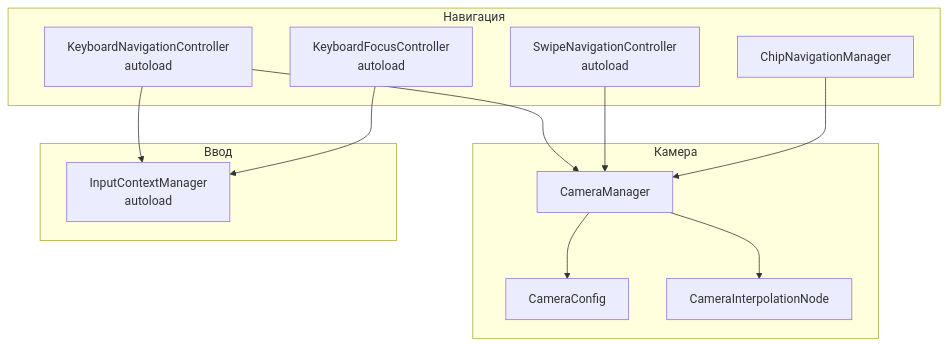
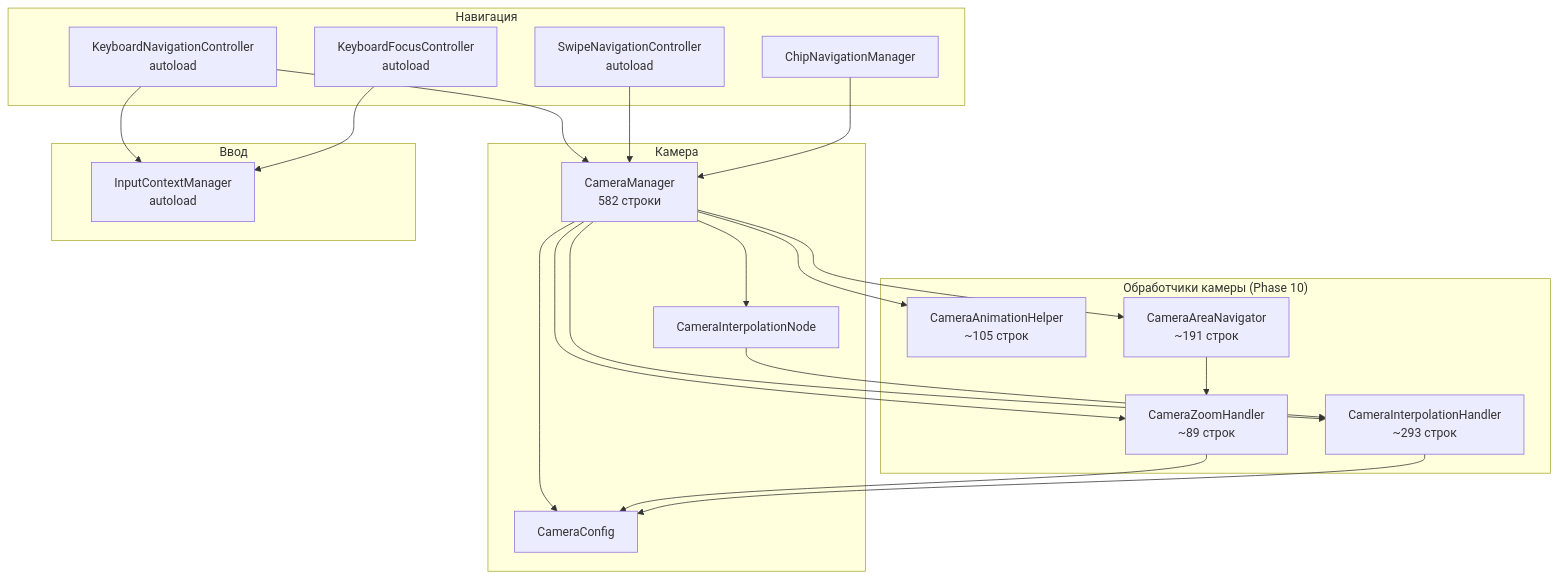
The seventh of 12 diagrams in DEPENDENCY_GRAPH.md (Slavacook/Baccarat), drawn with Mermaid before and after one commit. The commit also changed 1 other file, not shown here.

Commit message:
Docs: Complete Phase 10 documentation updates
- Updated DEPENDENCY_GRAPH.md with camera handlers diagram
- Updated CLAUDE.md with Phase 10 refactoring summary
- All documentation now reflects Phase 10 completion

````diff
--- a/DEPENDENCY_GRAPH.md
+++ b/DEPENDENCY_GRAPH.md
@@ -235,27 +235,42 @@
 ```mermaid
 graph TB
     subgraph "Камера"
-        CameraManager[CameraManager]
+        CameraManager[CameraManager<br/>582 строки]
         CameraConfig[CameraConfig]
         CameraInterpolation[CameraInterpolationNode]
+    end
+    
+    subgraph "Обработчики камеры (Phase 10)"
+        CameraAnimationHelper[CameraAnimationHelper<br/>~105 строк]
+        CameraZoomHandler[CameraZoomHandler<br/>~89 строк]
+        CameraAreaNavigator[CameraAreaNavigator<br/>~191 строк]
+        CameraInterpolationHandler[CameraInterpolationHandler<br/>~293 строк]
     end
     
     subgraph "Навигация"
         KeyboardNav[KeyboardNavigationController<br/>autoload]
         KeyboardFocus[KeyboardFocusController<br/>autoload]
         SwipeNav[SwipeNavigationController<br/>autoload]
         ChipNav[ChipNavigationManager]
     end
     
     subgraph "Ввод"
         InputContext[InputContextManager<br/>autoload]
     end
     
     CameraManager --> CameraConfig
     CameraManager --> CameraInterpolation
+    CameraManager --> CameraAnimationHelper
+    CameraManager --> CameraZoomHandler
+    CameraManager --> CameraAreaNavigator
+    CameraManager --> CameraInterpolationHandler
+    CameraInterpolation --> CameraInterpolationHandler
+    CameraAreaNavigator --> CameraZoomHandler
+    CameraZoomHandler --> CameraConfig
+    CameraInterpolationHandler --> CameraConfig
     KeyboardNav --> CameraManager
     SwipeNav --> CameraManager
     ChipNav --> CameraManager
     KeyboardNav --> InputContext
     KeyboardFocus --> InputContext
 ```
````
